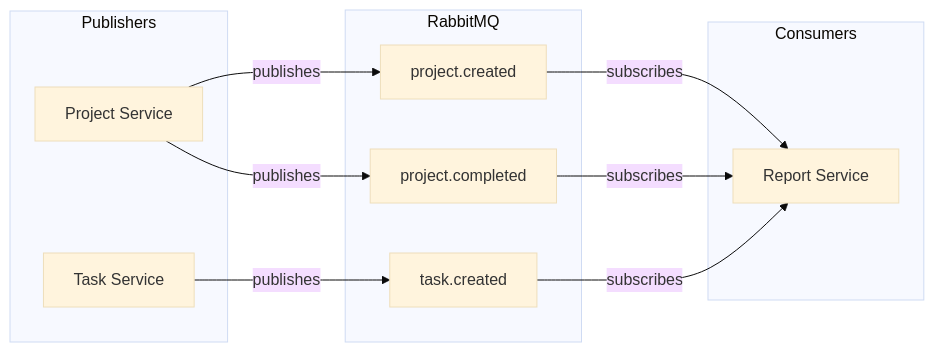
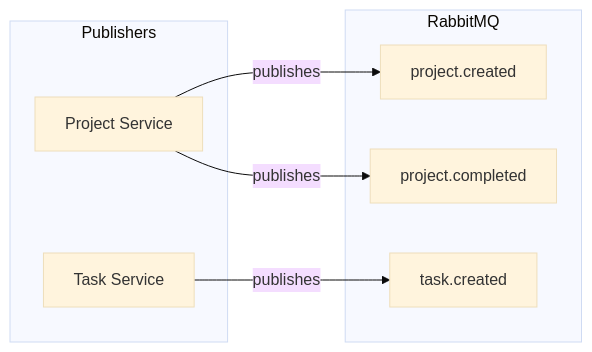
Before and after one commit to AboubacarSow/task-management-microservice: the eighth of 14 diagrams in README.md, drawn with Mermaid (base theme). The commit also changed other lines of this file and 8 other files, not shown here.

````diff
--- a/README.md
+++ b/README.md
@@ -266,25 +303,17 @@
 ```mermaid
 flowchart LR
     subgraph Publishers
         Project[Project Service]
         Task[Task Service]
     end
 
     subgraph RabbitMQ
         E1[project.created]
         E2[project.completed]
         E3[task.created]
     end
 
-    subgraph Consumers
-        Report[Report Service]
-    end
-
     Project -->|publishes| E1
     Project -->|publishes| E2
     Task -->|publishes| E3
-
-    E1 -->|subscribes| Report
-    E2 -->|subscribes| Report
-    E3 -->|subscribes| Report
 ```
````
